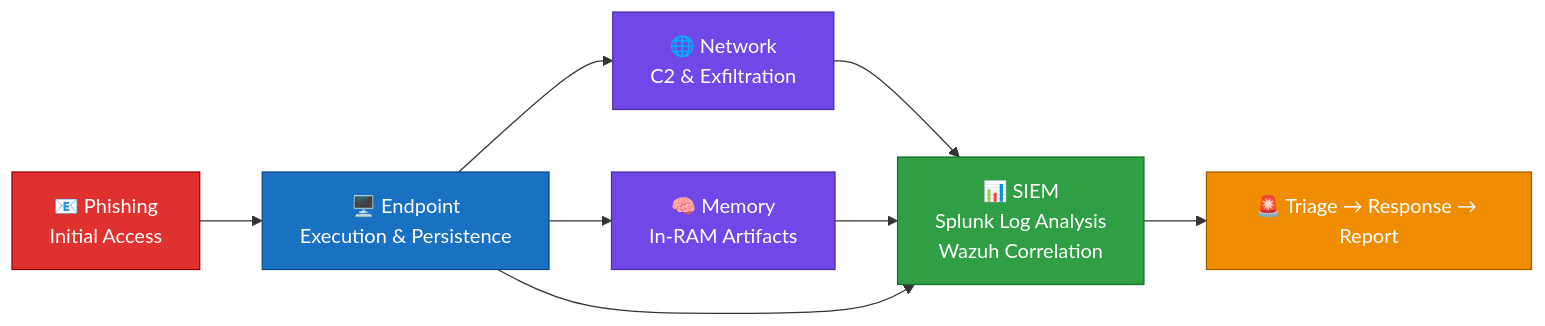
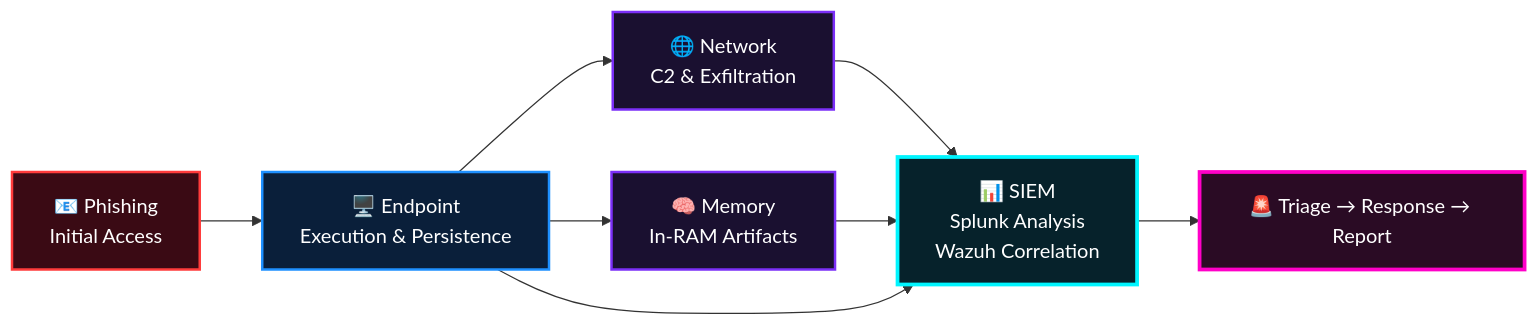
The diagram in README.md (JeelAnghanSec/SOC-Portfolio), drawn with Mermaid before and after one commit. The commit also changed other lines of this file, not shown here.

````diff
--- a/README.md
+++ b/README.md
@@ -37,21 +50,21 @@
 ```mermaid
 flowchart LR
     P["📧 Phishing<br/>Initial Access"] --> E["🖥️ Endpoint<br/>Execution & Persistence"]
     E --> N["🌐 Network<br/>C2 & Exfiltration"]
     E --> M["🧠 Memory<br/>In-RAM Artifacts"]
-    N --> S["📊 SIEM<br/>Splunk Log Analysis<br/>Wazuh Correlation"]
+    N --> S["📊 SIEM<br/>Splunk Analysis<br/>Wazuh Correlation"]
     M --> S
     E --> S
     S --> R["🚨 Triage → Response → Report"]
 
-    classDef a fill:#e03131,color:#fff,stroke:#900;
-    classDef b fill:#1971c2,color:#fff,stroke:#0b4a86;
-    classDef c fill:#7048e8,color:#fff,stroke:#4c2d99;
-    classDef d fill:#2f9e44,color:#fff,stroke:#1b6e2f;
-    classDef f fill:#f08c00,color:#fff,stroke:#a35d00;
-    class P a;
-    class E b;
-    class N,M c;
-    class S d;
-    class R f;
+    classDef phish fill:#3a0a14,stroke:#ff3b3b,stroke-width:2px,color:#fff;
+    classDef endp fill:#0a1f3a,stroke:#1e90ff,stroke-width:2px,color:#fff;
+    classDef intel fill:#1a1030,stroke:#7b2ff7,stroke-width:2px,color:#fff;
+    classDef siem fill:#06222b,stroke:#00f5ff,stroke-width:3px,color:#fff;
+    classDef resp fill:#2a0b24,stroke:#ff00c8,stroke-width:3px,color:#fff;
+    class P phish;
+    class E endp;
+    class N,M intel;
+    class S siem;
+    class R resp;
 ```
````
